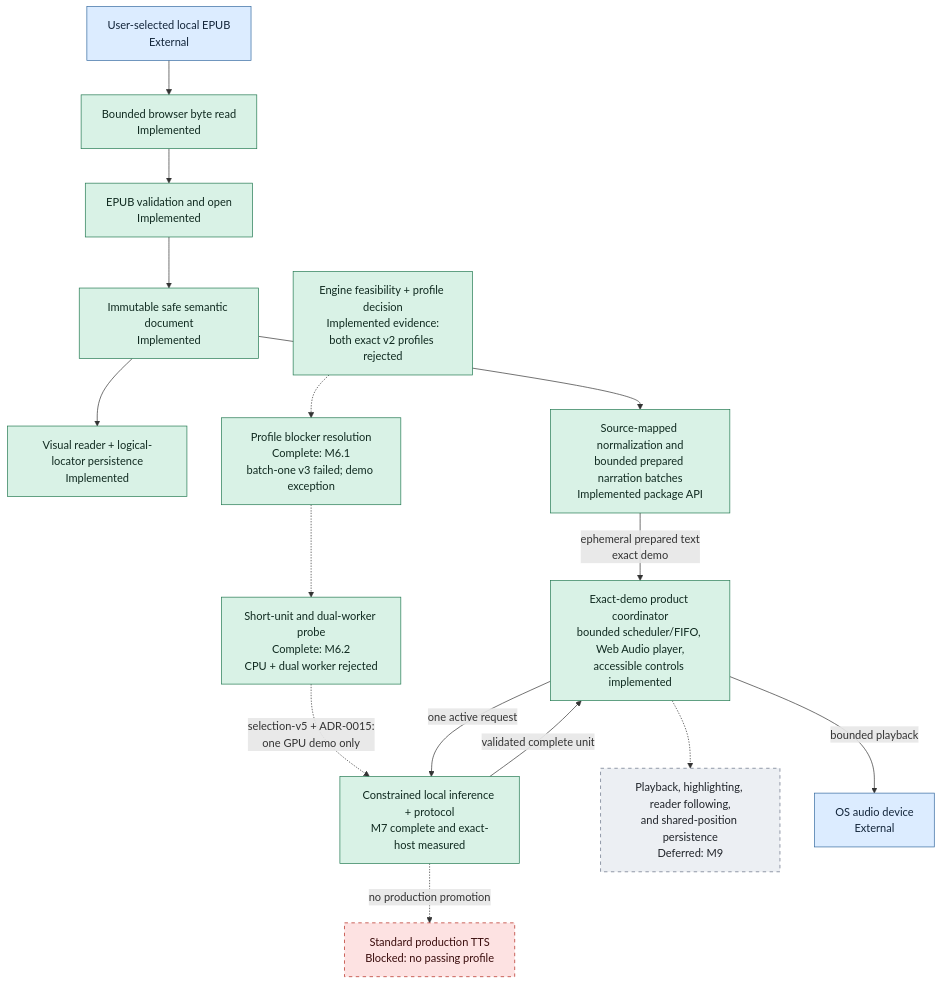
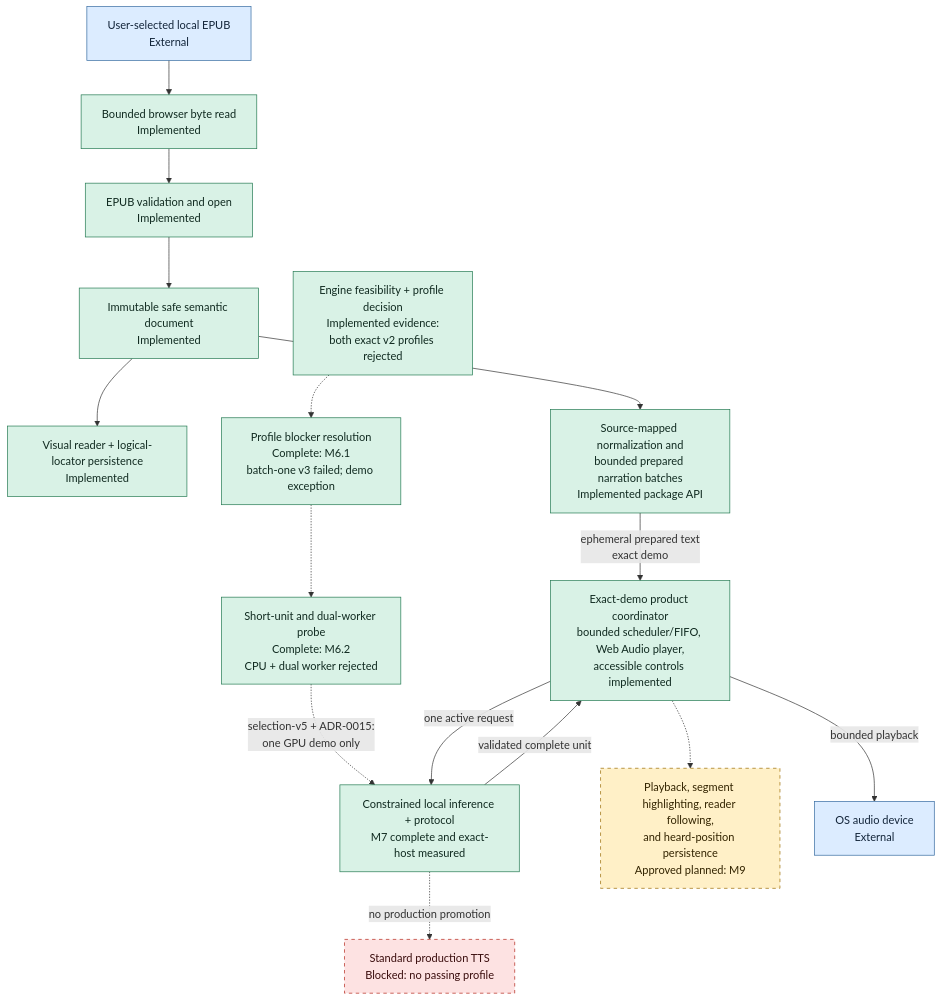
One commit to mmjosedaniel/voxleaf changed the second of 2 diagrams in docs/architecture/system-diagram.md. Above: the diagram before and after it, drawn with Mermaid. The commit also changed other lines of this file and 15 other files, not shown here.

````diff
--- a/docs/architecture/system-diagram.md
+++ b/docs/architecture/system-diagram.md
@@ -130,36 +132,36 @@
 ```mermaid
 flowchart TD
     classDef implemented fill:#d9f2e6,stroke:#247a52,color:#102a20
     classDef progress fill:#dcecff,stroke:#356aa0,color:#13253a,stroke-dasharray: 3 3
     classDef planned fill:#fff0c7,stroke:#9a6b00,color:#332400,stroke-dasharray: 5 5
     classDef blocked fill:#fde2e2,stroke:#b42318,color:#3a0d0d,stroke-dasharray: 5 5
     classDef deferred fill:#eceff3,stroke:#667085,color:#20242a,stroke-dasharray: 5 5
     classDef external fill:#dcecff,stroke:#356aa0,color:#13253a
 
     FILE["User-selected local EPUB<br/>External"]:::external
     READ["Bounded browser byte read<br/>Implemented"]:::implemented
     OPEN["EPUB validation and open<br/>Implemented"]:::implemented
     SAFE["Immutable safe semantic document<br/>Implemented"]:::implemented
     VISUAL["Visual reader + logical-locator persistence<br/>Implemented"]:::implemented
     PREP["Source-mapped normalization and<br/>bounded prepared narration batches<br/>Implemented package API"]:::implemented
     PROFILE["Engine feasibility + profile decision<br/>Implemented evidence:<br/>both exact v2 profiles rejected"]:::implemented
     NEXT_PROFILE["Profile blocker resolution<br/>Complete: M6.1<br/>batch-one v3 failed; demo exception"]:::implemented
     BATCH_PROBE["Short-unit and dual-worker probe<br/>Complete: M6.2<br/>CPU + dual worker rejected"]:::implemented
     INFER["Constrained local inference + protocol<br/>M7 complete and exact-host measured"]:::implemented
     PROD["Standard production TTS<br/>Blocked: no passing profile"]:::blocked
     BUFFER["Exact-demo product coordinator<br/>bounded scheduler/FIFO, Web Audio player,<br/>accessible controls implemented"]:::implemented
-    FOLLOW["Playback, highlighting, reader following,<br/>and shared-position persistence<br/>Deferred: M9"]:::deferred
+    FOLLOW["Playback, segment highlighting, reader following,<br/>and heard-position persistence<br/>Approved planned: M9"]:::planned
     DEVICE["OS audio device<br/>External"]:::external
 
     FILE --> READ --> OPEN --> SAFE --> VISUAL
     SAFE --> PREP
     PREP -->|"ephemeral prepared text<br/>exact demo"| BUFFER
     PROFILE -.-> NEXT_PROFILE
     NEXT_PROFILE -.-> BATCH_PROBE
     BATCH_PROBE -.->|"selection-v5 + ADR-0015:<br/>one GPU demo only"| INFER
     INFER -.->|"no production promotion"| PROD
     BUFFER -->|"one active request"| INFER
     INFER -->|"validated complete unit"| BUFFER
     BUFFER -.-> FOLLOW
     BUFFER -->|"bounded playback"| DEVICE
 ```
````
